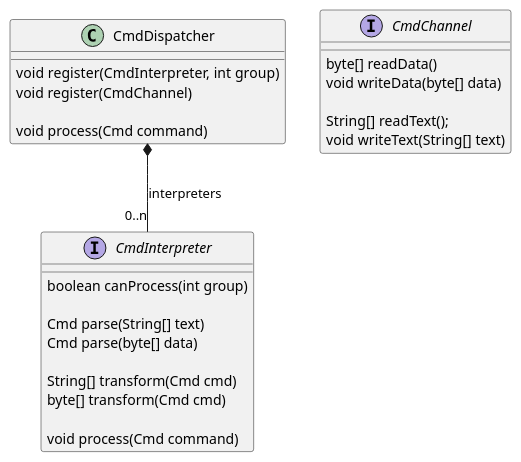
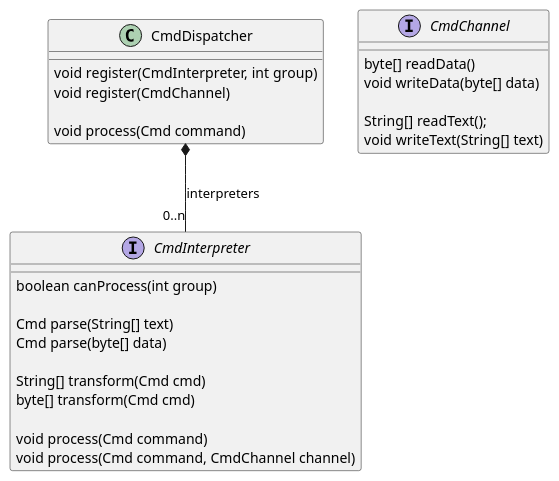
The second of 2 diagrams in src/site/website/content/blog/2023/blog-2023-12-03.adoc (tangly-team/tangly-os), drawn with PlantUML before and after one commit. The commit also changed other lines of this file and 20 other files, not shown here.

```diff
--- a/src/site/website/content/blog/2023/blog-2023-12-03.adoc
+++ b/src/site/website/content/blog/2023/blog-2023-12-03.adoc
@@ -145,31 +147,32 @@
 [plantuml,target=command-interpreter,format=svg,role="text-center"]
 ----
 interface CmdInterpreter  {
     boolean canProcess(int group)
 
     Cmd parse(String[] text)
     Cmd parse(byte[] data)
 
     String[] transform(Cmd cmd)
     byte[] transform(Cmd cmd)
 
     void process(Cmd command)
+    void process(Cmd command, CmdChannel channel)
 }
 
 class CmdDispatcher {
     void register(CmdInterpreter, int group)
     void register(CmdChannel)
 
     void process(Cmd command)
 }
 
 CmdDispatcher *-- "0..n" CmdInterpreter : interpreters
 
 interface CmdChannel {
     byte[] readData()
     void writeData(byte[] data)
 
     String[] readText();
     void writeText(String[] text)
 }
 ----
```
